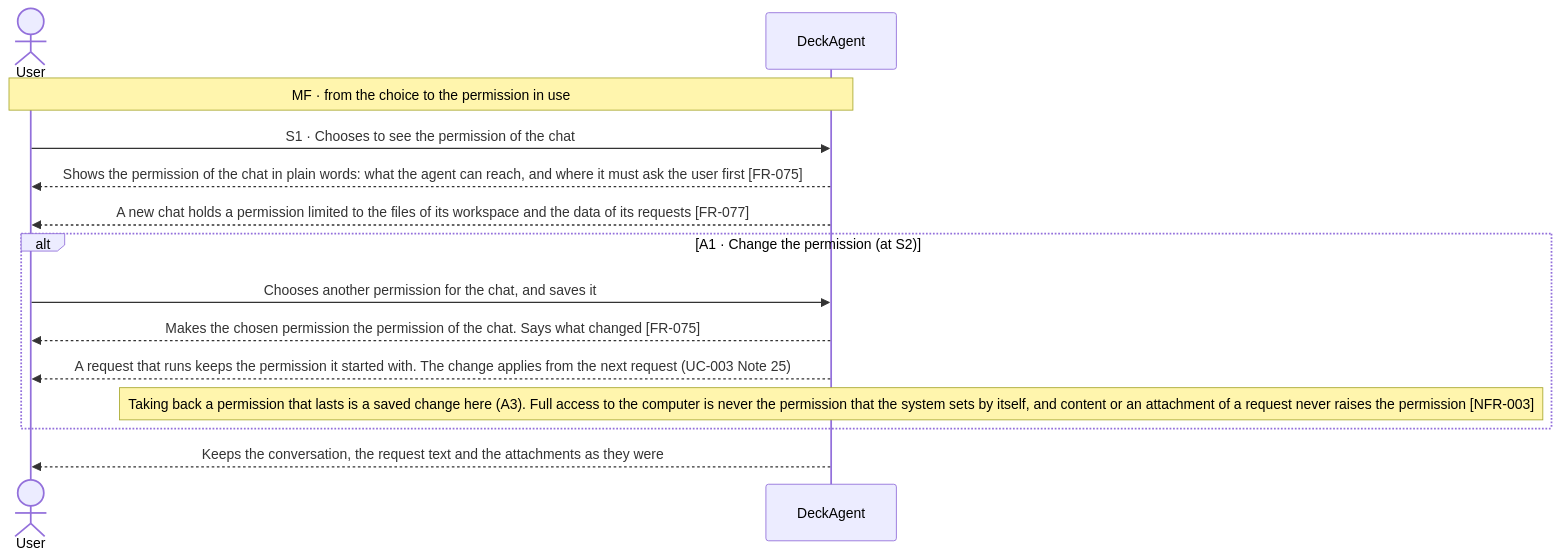
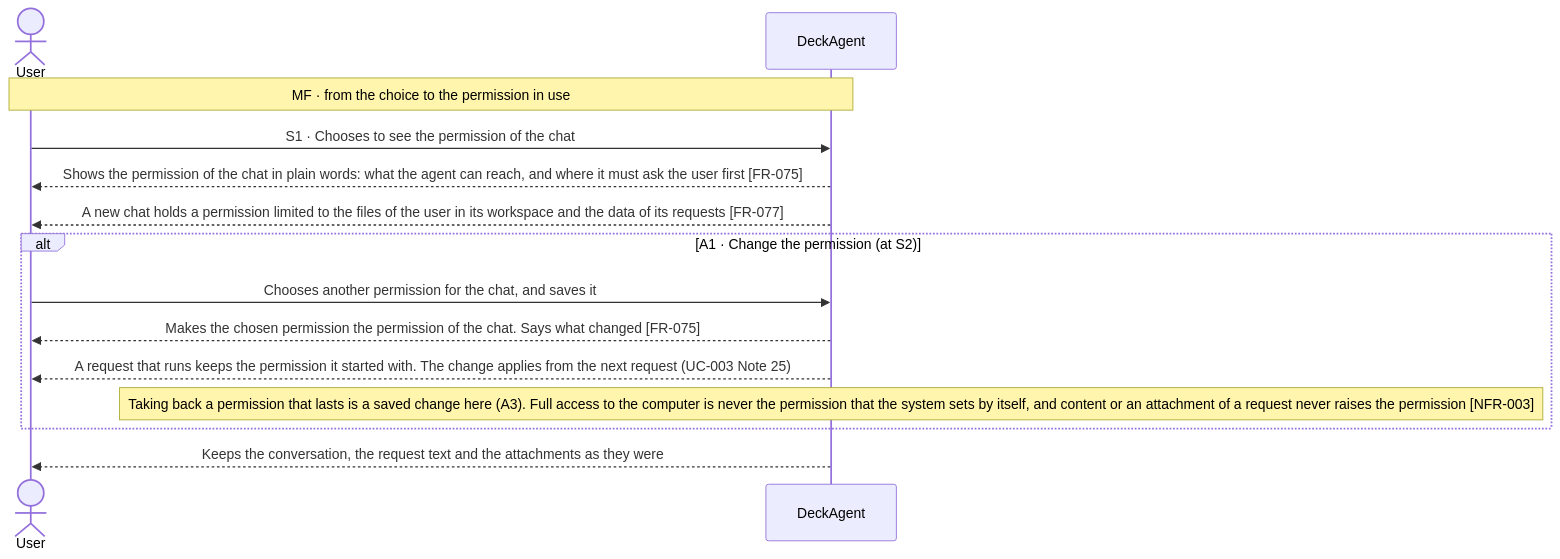
One commit to Luke23127006/DeckAgent changed the first of 2 diagrams in docs/spec/03-use-cases/UC-014.md. Above: the diagram before and after it, drawn with Mermaid. The commit also changed other lines of this file and 14 other files, not shown here.

First line of the commit message:
docs(spec): keep workspace data apart from the files of the user

````diff
--- a/docs/spec/03-use-cases/UC-014.md
+++ b/docs/spec/03-use-cases/UC-014.md
@@ -43,16 +44,16 @@
 ```mermaid
 sequenceDiagram
     actor User
     participant DeckAgent
     Note over User,DeckAgent: MF · from the choice to the permission in use
     User->>DeckAgent: S1 · Chooses to see the permission of the chat
     DeckAgent-->>User: Shows the permission of the chat in plain words: what the agent can reach, and where it must ask the user first [FR-075]
-    DeckAgent-->>User: A new chat holds a permission limited to the files of its workspace and the data of its requests [FR-077]
+    DeckAgent-->>User: A new chat holds a permission limited to the files of the user in its workspace and the data of its requests [FR-077]
     alt A1 · Change the permission (at S2)
         User->>DeckAgent: Chooses another permission for the chat, and saves it
         DeckAgent-->>User: Makes the chosen permission the permission of the chat. Says what changed [FR-075]
         DeckAgent-->>User: A request that runs keeps the permission it started with. The change applies from the next request (UC-003 Note 25)
         note over DeckAgent: Taking back a permission that lasts is a saved change here (A3). Full access to the computer is never the permission that the system sets by itself, and content or an attachment of a request never raises the permission [NFR-003]
     end
     DeckAgent-->>User: Keeps the conversation, the request text and the attachments as they were
 ```
````
